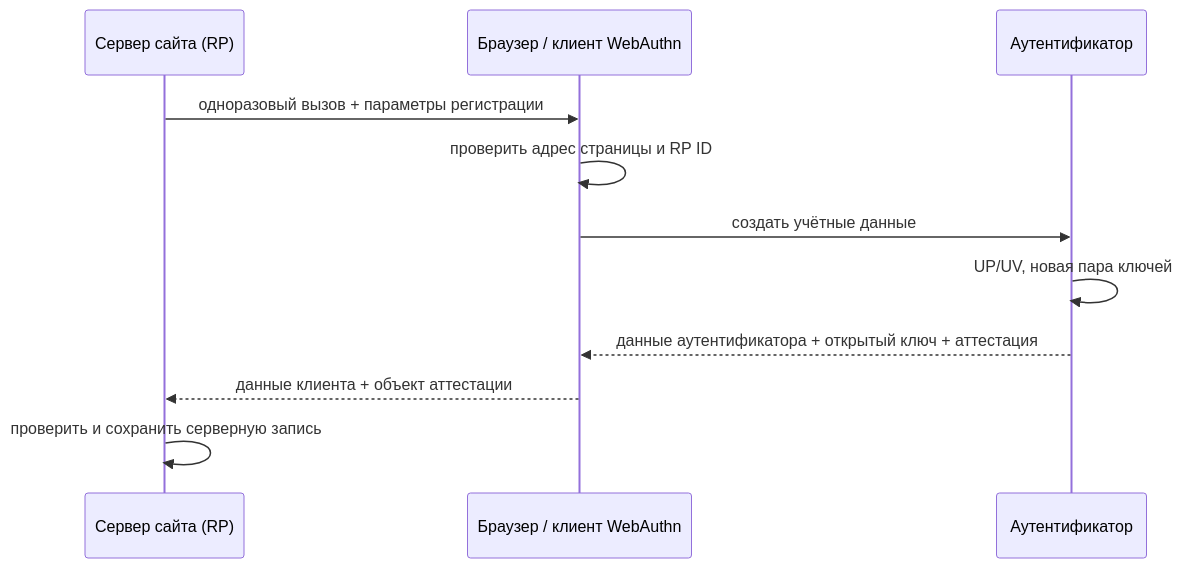
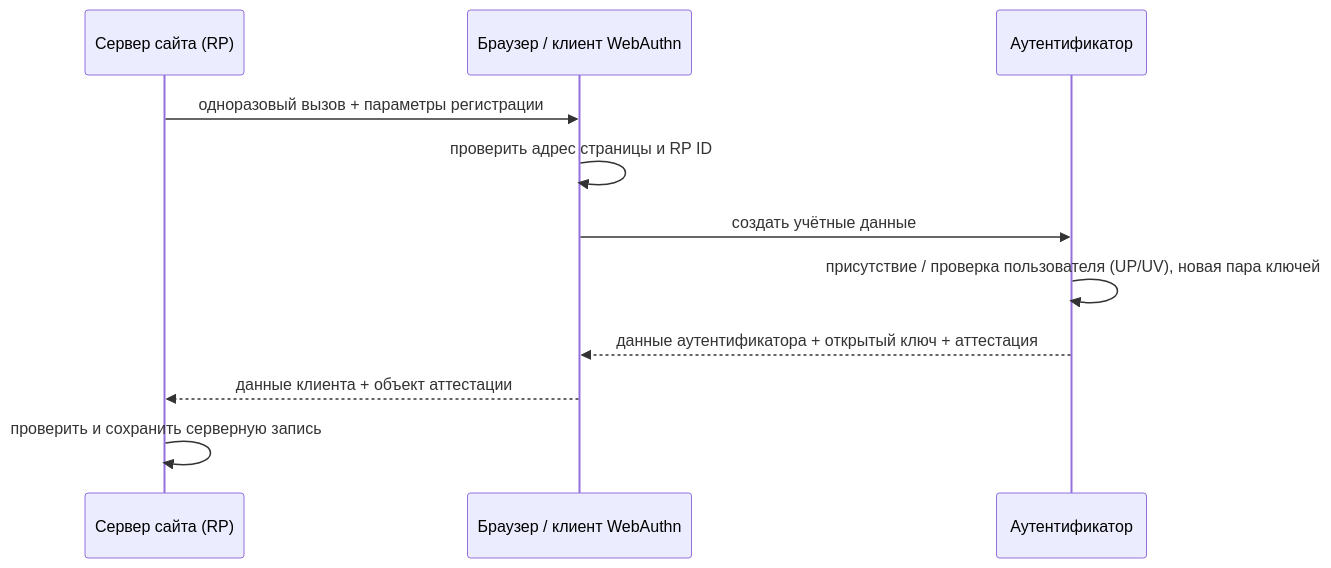
One commit to zapret-discordyoutube/todo changed the second of 3 diagrams in FIDO/webauthn.md. Above: the diagram before and after it, drawn with Mermaid. The commit also changed other lines of this file and 8 other files, not shown here.

````diff
--- a/FIDO/webauthn.md
+++ b/FIDO/webauthn.md
@@ -104,13 +61,13 @@
 ```mermaid
 sequenceDiagram
     participant S as Сервер сайта (RP)
     participant B as Браузер / клиент WebAuthn
     participant A as Аутентификатор
     S->>B: одноразовый вызов + параметры регистрации
     B->>B: проверить адрес страницы и RP ID
     B->>A: создать учётные данные
-    A->>A: UP/UV, новая пара ключей
+    A->>A: присутствие / проверка пользователя (UP/UV), новая пара ключей
     A-->>B: данные аутентификатора + открытый ключ + аттестация
     B-->>S: данные клиента + объект аттестации
     S->>S: проверить и сохранить серверную запись
 ```
````
